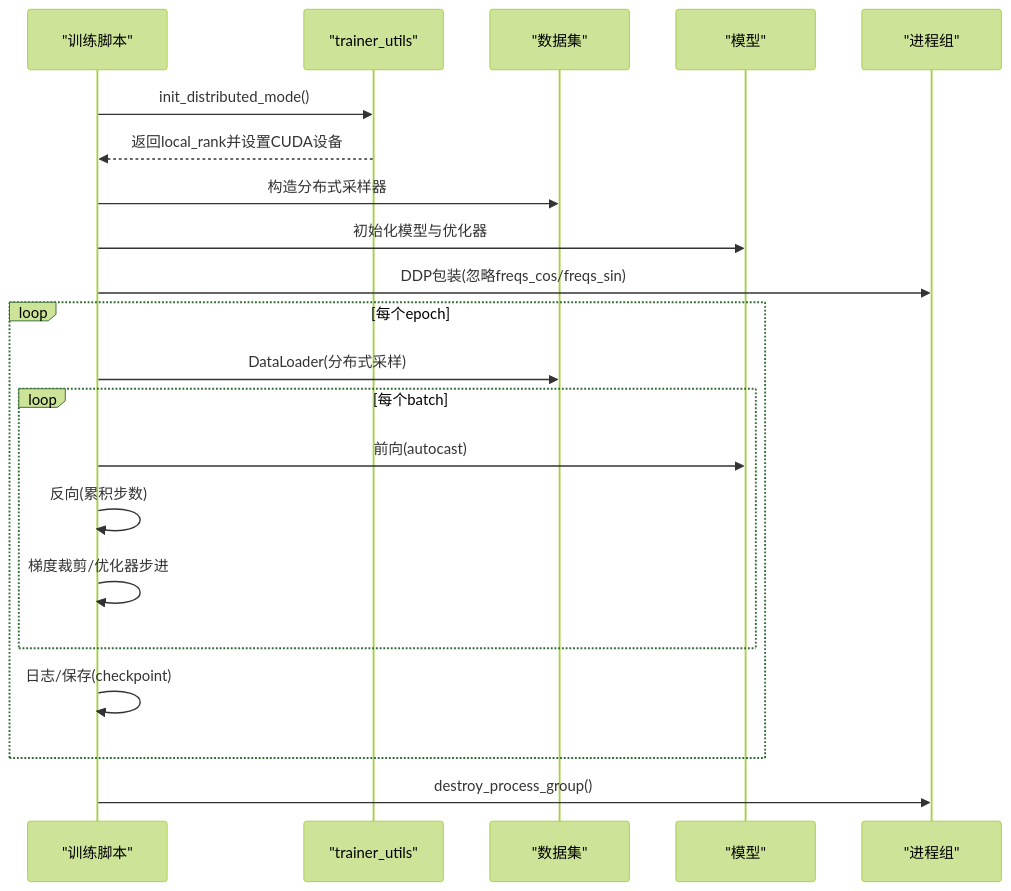
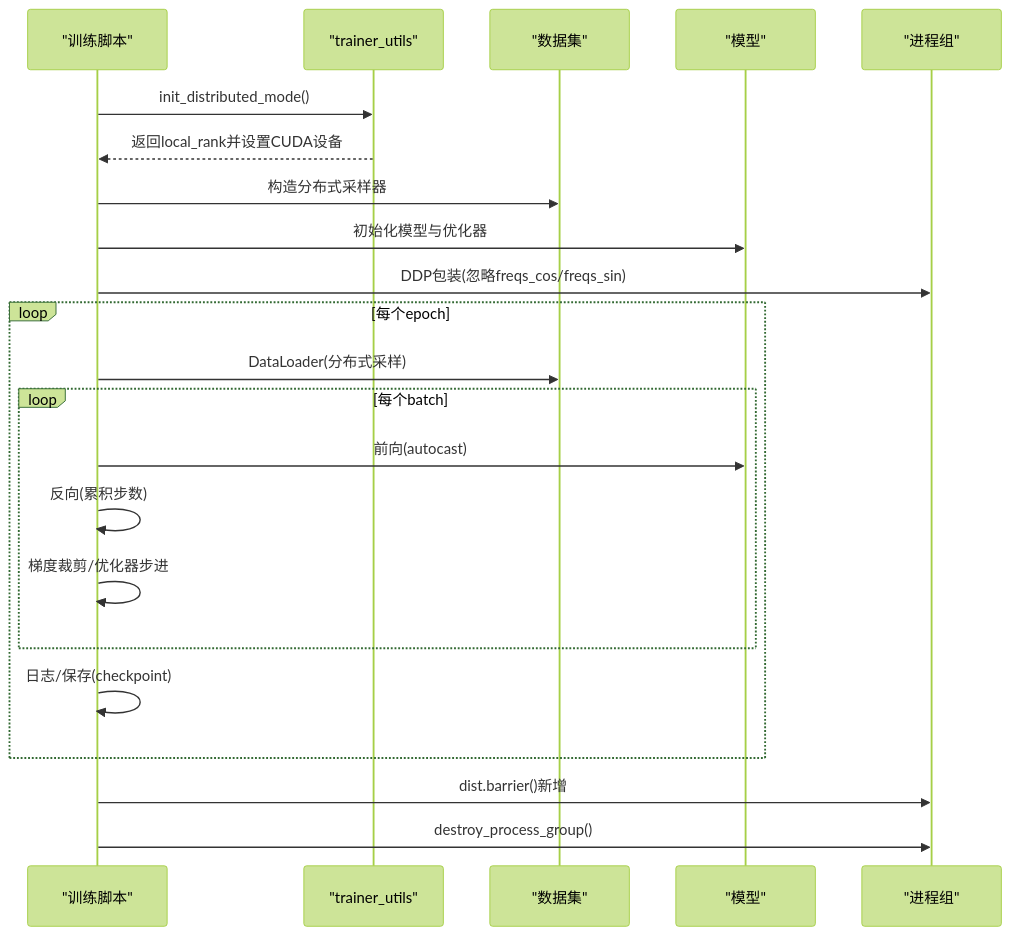
The second of 10 diagrams in .qoder/repowiki/zh/content/故障排除与常见问题/训练过程问题/分布式训练问题.md (haolange/minimind), drawn with Mermaid (forest theme) before and after one commit. The commit also changed other lines of this file and 3 other files, not shown here.

````diff
--- a/.qoder/repowiki/zh/content/故障排除与常见问题/训练过程问题/分布式训练问题.md
+++ b/.qoder/repowiki/zh/content/故障排除与常见问题/训练过程问题/分布式训练问题.md
@@ -130,23 +138,24 @@
 ```mermaid
 sequenceDiagram
 participant TR as "训练脚本"
 participant TU as "trainer_utils"
 participant DS as "数据集"
 participant MD as "模型"
 participant PG as "进程组"
 TR->>TU : init_distributed_mode()
 TU-->>TR : 返回local_rank并设置CUDA设备
 TR->>DS : 构造分布式采样器
 TR->>MD : 初始化模型与优化器
 TR->>PG : DDP包装(忽略freqs_cos/freqs_sin)
 loop 每个epoch
 TR->>DS : DataLoader(分布式采样)
 loop 每个batch
 TR->>MD : 前向(autocast)
 TR->>TR : 反向(累积步数)
 TR->>TR : 梯度裁剪/优化器步进
 end
 TR->>TR : 日志/保存(checkpoint)
 end
+TR->>PG : dist.barrier()新增
 TR->>PG : destroy_process_group()
 ```
````
